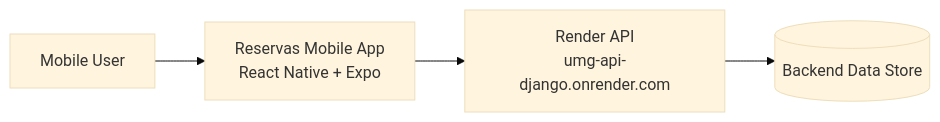
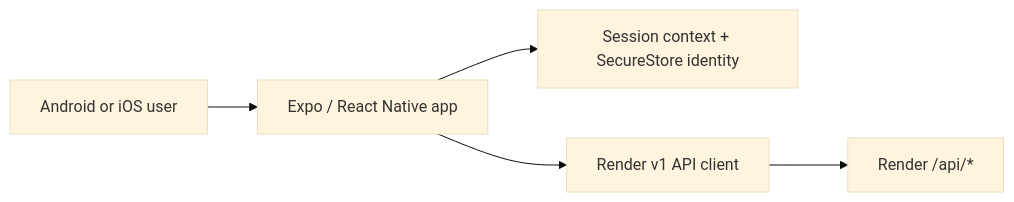
The first of 2 diagrams in docs/ARCHITECTURE_FLOWS.md (khrizenriquez/reservas-app), drawn with Mermaid (base theme) before and after one commit. The commit also changed other lines of this file and 19 other files, not shown here.

Commit message:
align mobile Render v1 parity

````diff
--- a/docs/ARCHITECTURE_FLOWS.md
+++ b/docs/ARCHITECTURE_FLOWS.md
@@ -7,6 +3,7 @@
 ```mermaid
 flowchart LR
-  U[Mobile User] --> A[Reservas Mobile App\nReact Native + Expo]
-  A --> API[Render API\numg-api-django.onrender.com]
-  API --> DB[(Backend Data Store)]
+  U["Android or iOS user"] --> A["Expo / React Native app"]
+  A --> S["Session context + SecureStore identity"]
+  A --> C["Render v1 API client"]
+  C --> R["Render /api/*"]
 ```
````
